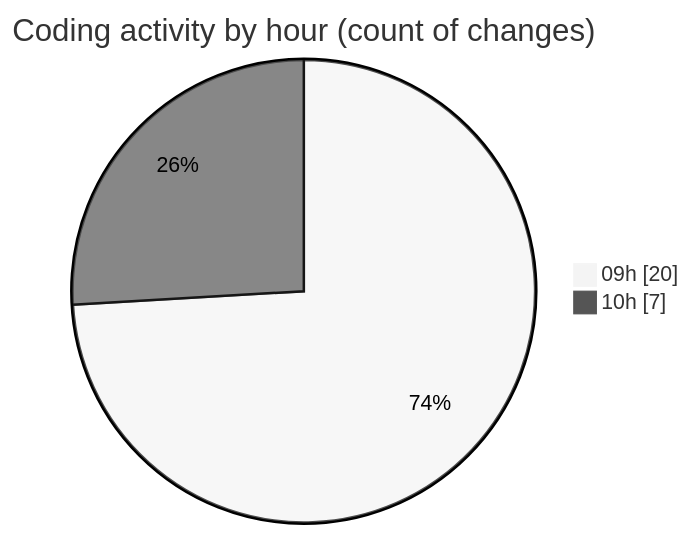
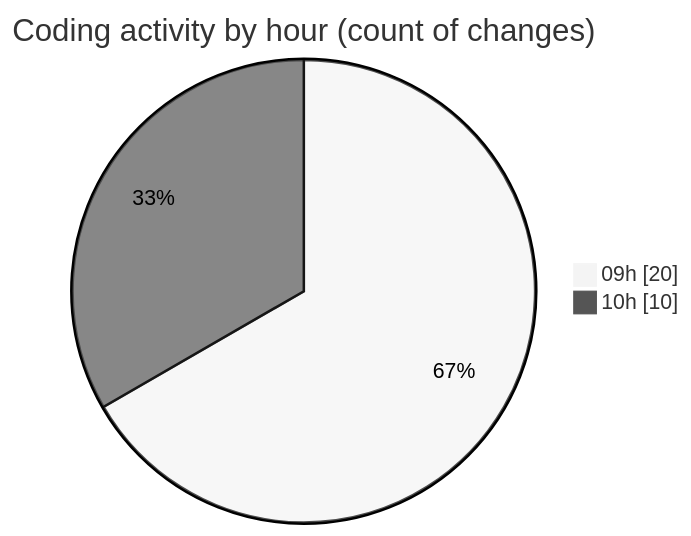
The second of 2 diagrams in 2025-05-19/cda/README.md (momahboobian/code-tracking), drawn with Mermaid (neutral theme) before and after one commit. The commit also changed other lines of this file and 1 other file, not shown here.

````diff
--- a/2025-05-19/cda/README.md
+++ b/2025-05-19/cda/README.md
@@ -35,6 +35,6 @@
 ```mermaid
 pie showData
 title Coding activity by hour (count of changes)
 "09h" : 20
-"10h" : 7
+"10h" : 10
 ```
````
